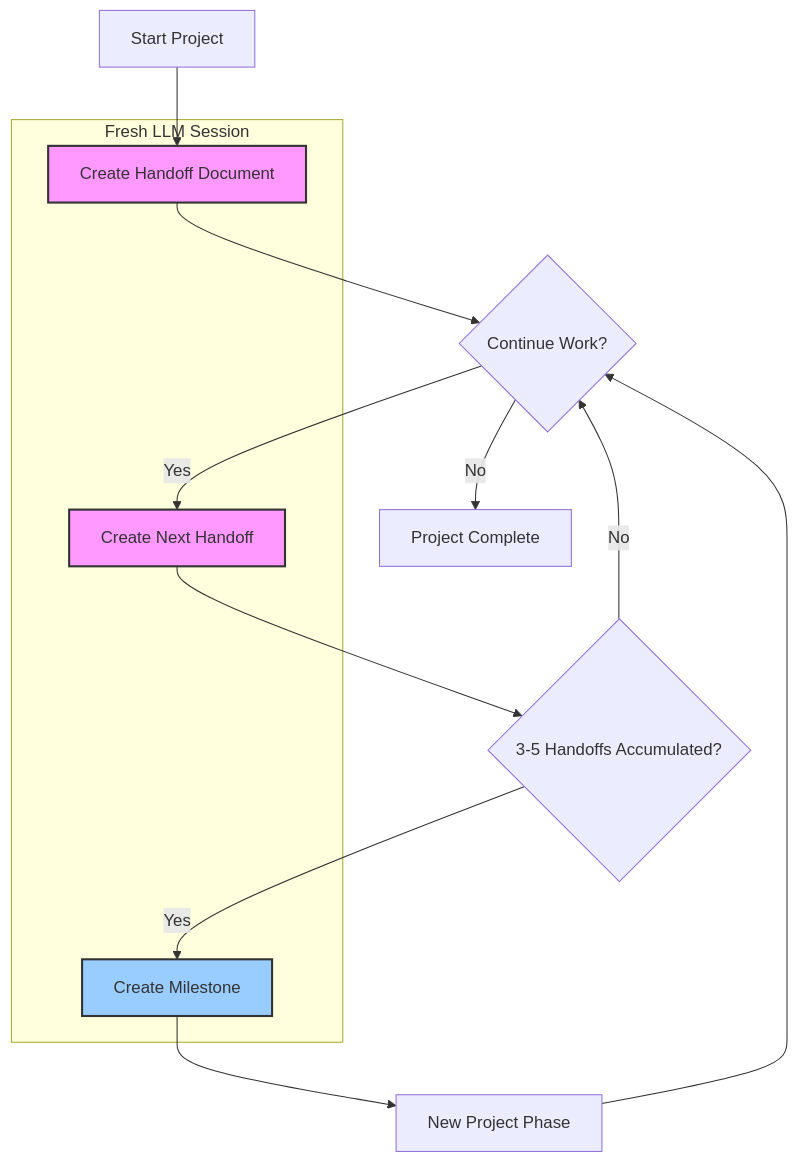
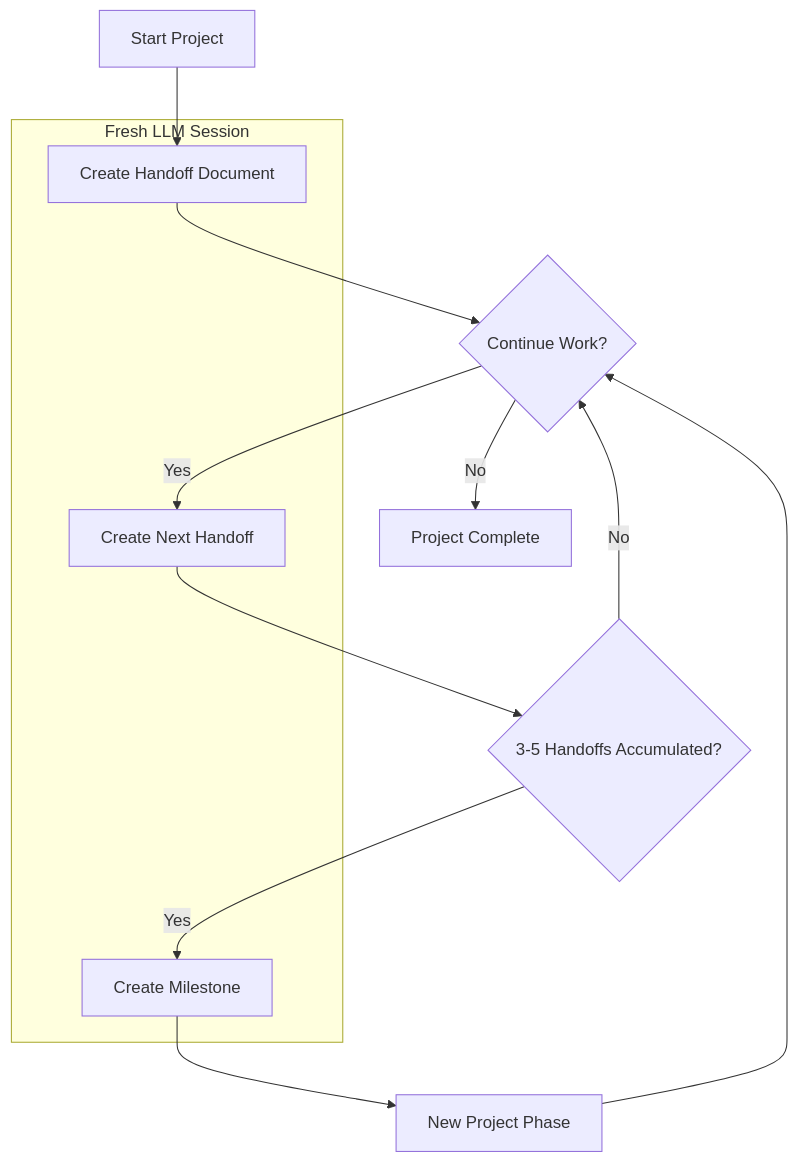
The third of 6 diagrams in handoffs/handoff-system.md (xlfish233/RooFlow), drawn with Mermaid before and after one commit. The commit also changed other lines of this file and 3 other files, not shown here.

Commit message:
Updated user paths and fixed bad mermaid colors

````diff
--- a/handoffs/handoff-system.md
+++ b/handoffs/handoff-system.md
@@ -135,22 +130,18 @@
 ```mermaid
 graph TD
     Start[Start Project] --> HD1[Create Handoff Document]
     HD1 --> Continue{Continue Work?}
     Continue -->|Yes| HD2[Create Next Handoff]
     HD2 --> Accumulate{3-5 Handoffs Accumulated?}
     Accumulate -->|No| Continue
     Accumulate -->|Yes| Milestone[Create Milestone]
     Milestone --> NewPhase[New Project Phase]
     NewPhase --> Continue
     Continue -->|No| End[Project Complete]
     
     subgraph "Fresh LLM Session"
     HD1
     HD2
     Milestone
     end
-    
-    style HD1 fill:#f9f,stroke:#333,stroke-width:2px
-    style HD2 fill:#f9f,stroke:#333,stroke-width:2px
-    style Milestone fill:#9cf,stroke:#333,stroke-width:2px
 ```
````
